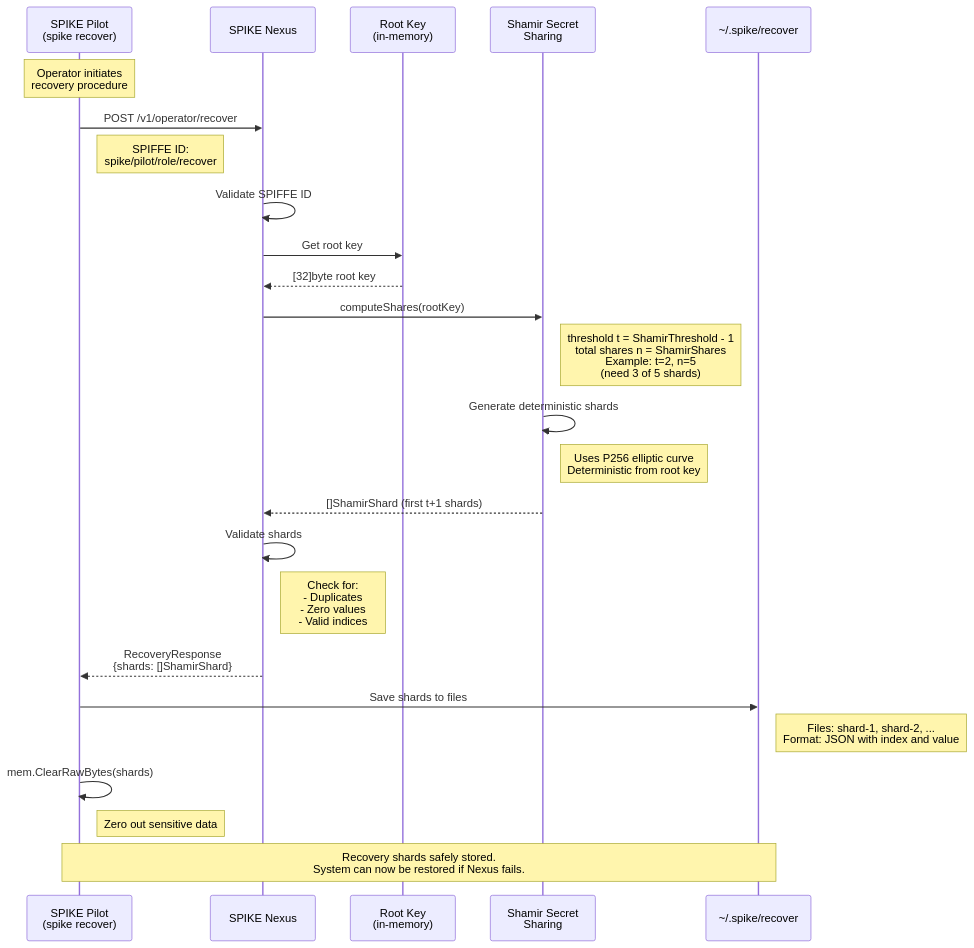
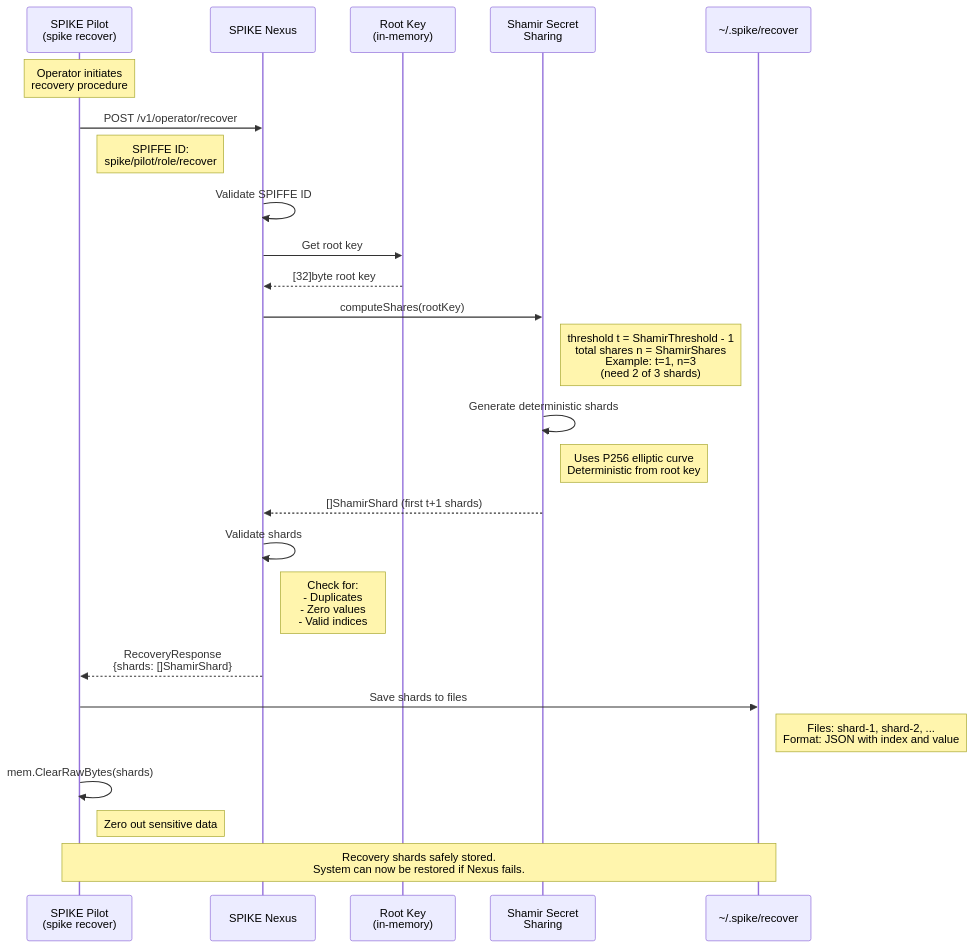
One commit to spiffe/spike changed the diagram in diagrams/001-spike-nexus-generate-shards.md. Above: the diagram before and after it, drawn with Mermaid. The commit also changed 25 other files, not shown here.

````diff
--- a/diagrams/001-spike-nexus-generate-shards.md
+++ b/diagrams/001-spike-nexus-generate-shards.md
@@ -15,39 +15,39 @@
 ```mermaid
 sequenceDiagram
     participant Operator as SPIKE Pilot<br/>(spike recover)
     participant Nexus as SPIKE Nexus
     participant RootKey as Root Key<br/>(in-memory)
     participant Shamir as Shamir Secret<br/>Sharing
     participant Disk as ~/.spike/recover
 
     Note over Operator: Operator initiates<br/>recovery procedure
 
     Operator->>Nexus: POST /v1/operator/recover
     Note right of Operator: SPIFFE ID:<br/>spike/pilot/role/recover
 
     Nexus->>Nexus: Validate SPIFFE ID
 
     Nexus->>RootKey: Get root key
     RootKey-->>Nexus: [32]byte root key
 
     Nexus->>Shamir: computeShares(rootKey)
-    Note right of Shamir: threshold t = ShamirThreshold - 1<br/>total shares n = ShamirShares<br/>Example: t=2, n=5<br/>(need 3 of 5 shards)
+    Note right of Shamir: threshold t = ShamirThreshold - 1<br/>total shares n = ShamirShares<br/>Example: t=1, n=3<br/>(need 2 of 3 shards)
 
     Shamir->>Shamir: Generate deterministic shards
     Note right of Shamir: Uses P256 elliptic curve<br/>Deterministic from root key
 
     Shamir-->>Nexus: []ShamirShard (first t+1 shards)
 
     Nexus->>Nexus: Validate shards
     Note right of Nexus: Check for:<br/>- Duplicates<br/>- Zero values<br/>- Valid indices
 
     Nexus-->>Operator: RecoveryResponse<br/>{shards: []ShamirShard}
 
     Operator->>Disk: Save shards to files
     Note right of Disk: Files: shard-1, shard-2, ...<br/>Format: JSON with index and value
 
     Operator->>Operator: mem.ClearRawBytes(shards)
     Note right of Operator: Zero out sensitive data
 
     Note over Operator,Disk: Recovery shards safely stored.<br/>System can now be restored if Nexus fails.
 ```
````
